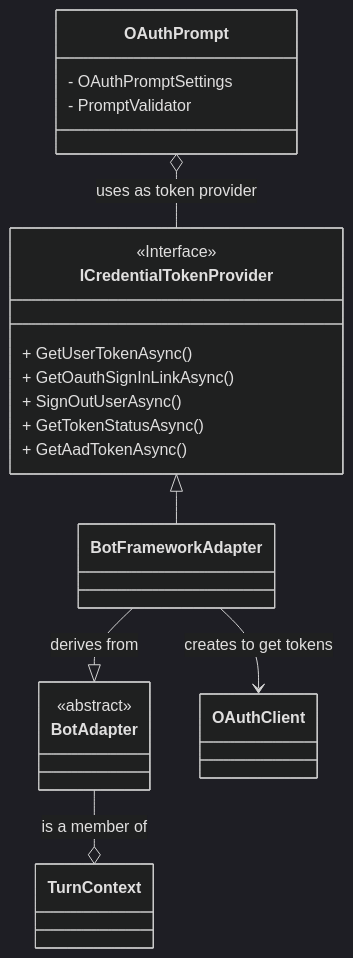
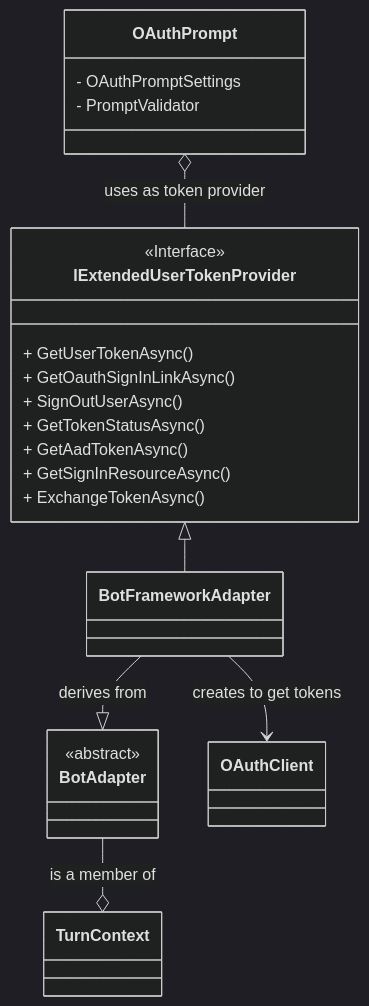
The diagram in Authentication/AuthArchitectureInBotFramework/OAuthPrompt/CSharp_OAuthPromptAndTokenProvider_DiagramSource.md (Zerryth/Mermaid), drawn with Mermaid (dark theme) before and after one commit. The commit also changed 2 other files, not shown here.

Commit message:
updated OAuthPrompt to use BotFrameworkAdapter as implementation of abstract BotAdapter in bullet and in class diagram

````diff
--- a/Authentication/AuthArchitectureInBotFramework/OAuthPrompt/CSharp_OAuthPromptAndTokenProvider_DiagramSource.md
+++ b/Authentication/AuthArchitectureInBotFramework/OAuthPrompt/CSharp_OAuthPromptAndTokenProvider_DiagramSource.md
@@ -3,26 +3,28 @@
 ```mermaid
     classDiagram
         class OAuthPrompt {
             - OAuthPromptSettings
             - PromptValidator
         }
 
         class BotAdapter {
         }
         <<abstract>> BotAdapter
 
-        class ICredentialTokenProvider {
+        class IExtendedUserTokenProvider {
             + GetUserTokenAsync()
             + GetOauthSignInLinkAsync()
             + SignOutUserAsync()
             + GetTokenStatusAsync()
             + GetAadTokenAsync()
+            + GetSignInResourceAsync()
+            + ExchangeTokenAsync()
         }
-        <<Interface>> ICredentialTokenProvider
+        <<Interface>> IExtendedUserTokenProvider
 
-        OAuthPrompt o-- ICredentialTokenProvider: uses as token provider
+        OAuthPrompt o-- IExtendedUserTokenProvider: uses as token provider
         BotFrameworkAdapter --|> BotAdapter: derives from
         BotAdapter --o TurnContext: is a member of
-        ICredentialTokenProvider <|-- BotFrameworkAdapter
+        IExtendedUserTokenProvider <|-- BotFrameworkAdapter
         BotFrameworkAdapter --> OAuthClient : creates to get tokens
 ```
````
